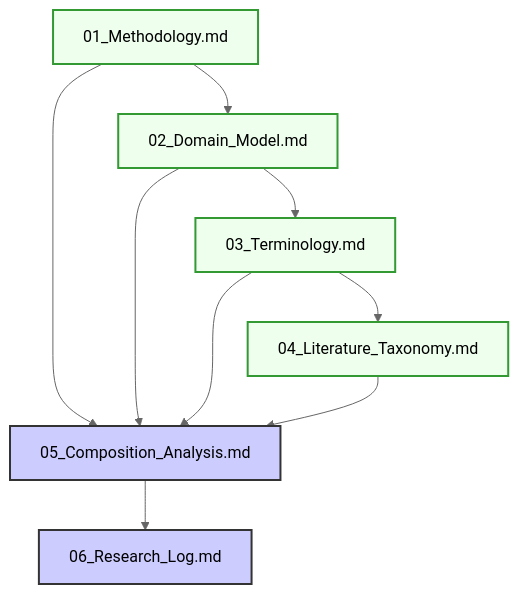
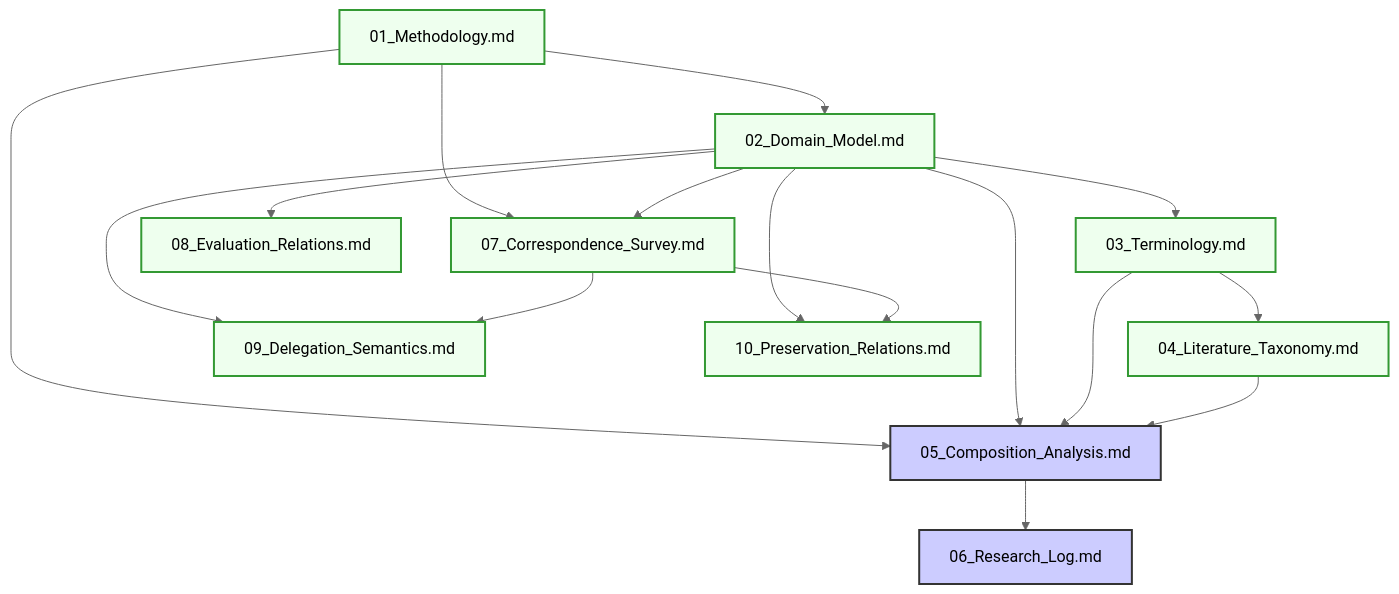
Before and after one commit to Iradukunda-Fils/Cortex: the diagram in master_plan.md, drawn with Mermaid (neutral theme). The commit also changed other lines of this file and 11 other files, not shown here.

````diff
--- a/master_plan.md
+++ b/master_plan.md
@@ -107,17 +135,28 @@
 ```mermaid
 graph TD
     MT[01_Methodology.md] --> DM[02_Domain_Model.md]
     DM --> TM[03_Terminology.md]
     TM --> LT[04_Literature_Taxonomy.md]
     MT --> CA[05_Composition_Analysis.md]
     DM --> CA
     TM --> CA
     LT --> CA
     CA --> RL[06_Research_Log.md]
+    
+    MT --> CS[07_Correspondence_Survey.md]
+    DM --> CS
+    
+    DM --> ER[08_Evaluation_Relations.md]
+    
+    DM --> DS[09_Delegation_Semantics.md]
+    CS --> DS
+    
+    DM --> PR[10_Preservation_Relations.md]
+    CS --> PR
 
     classDef locked fill:#efe,stroke:#393,stroke-width:2px;
     classDef active fill:#ccf,stroke:#333,stroke-width:2px;
 
-    class MT,DM,TM,LT locked;
+    class MT,DM,TM,LT,CS,ER,DS,PR locked;
     class CA,RL active;
 ```
````
